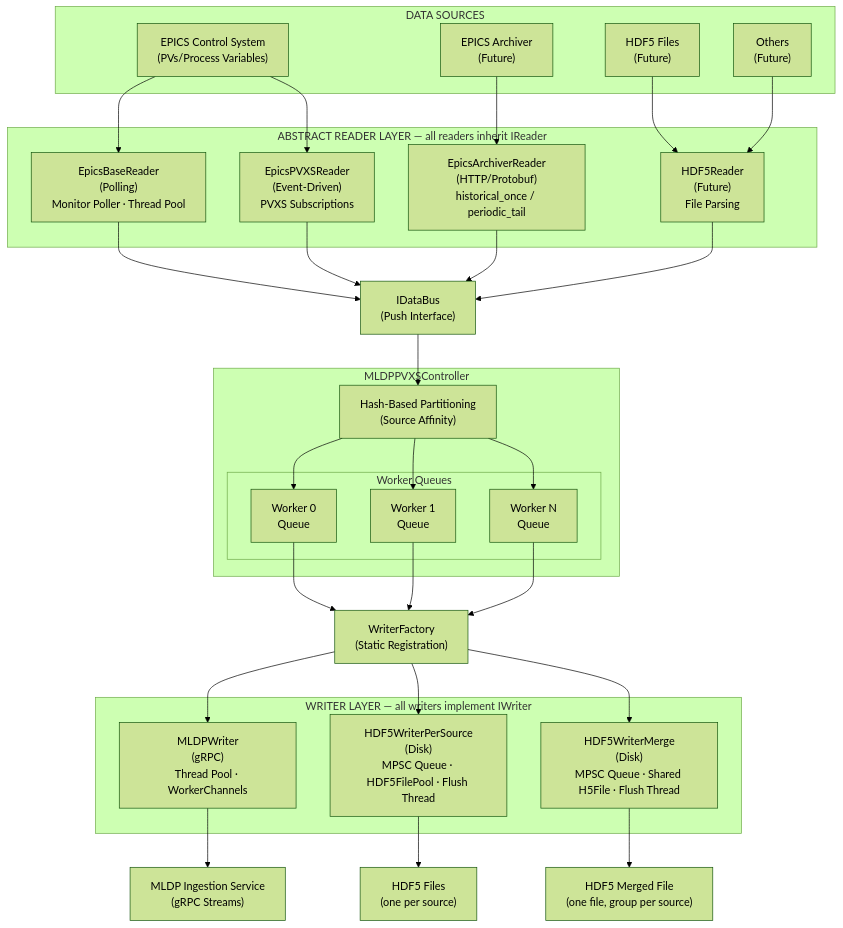
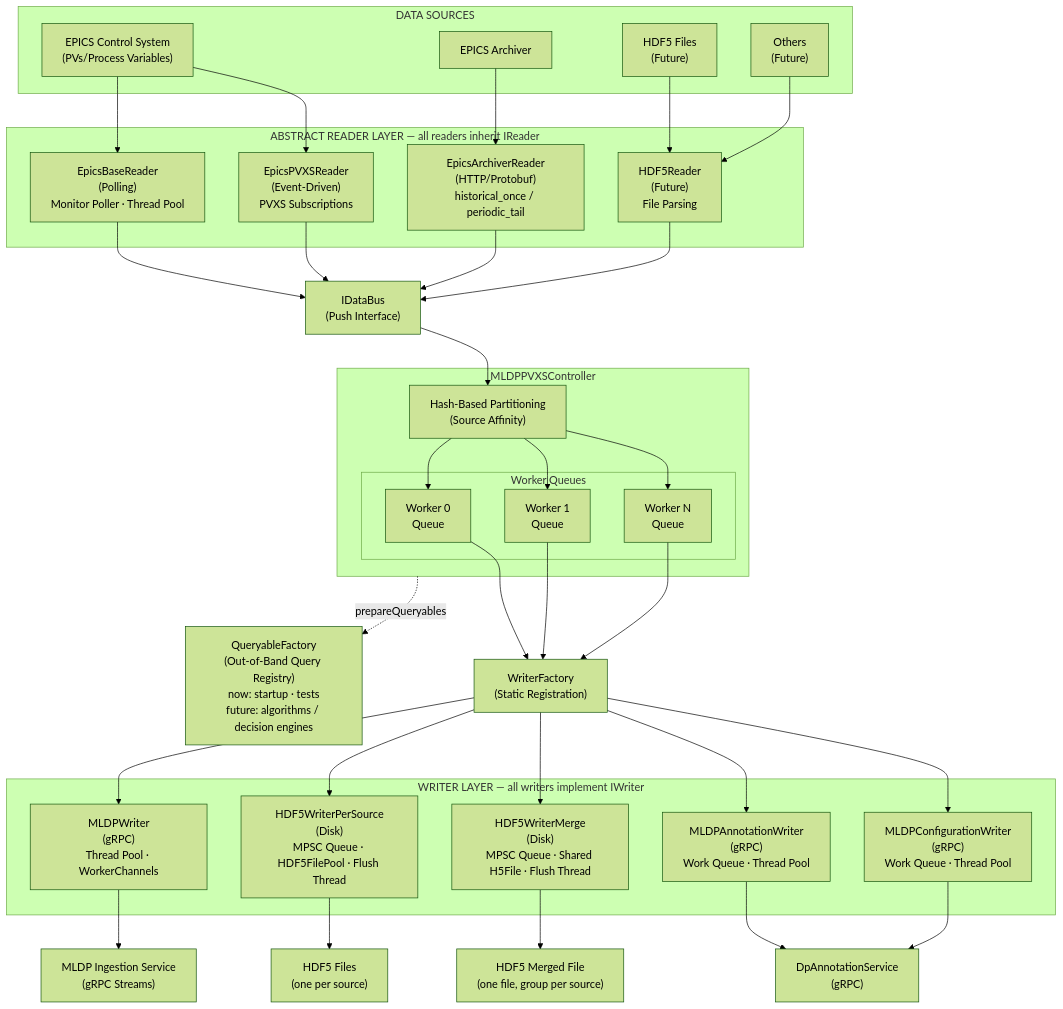
Before and after one commit to slaclab/mldp-pvxs-driver: the first of 3 diagrams in docs/reference/architecture.md, drawn with Mermaid (forest theme). The commit also changed other lines of this file and 71 other files, not shown here.

````diff
--- a/docs/reference/architecture.md
+++ b/docs/reference/architecture.md
@@ -11,67 +11,79 @@
 ```mermaid
 flowchart TB
     subgraph DataSources["DATA SOURCES"]
         DS1["EPICS Control System<br/>(PVs/Process Variables)"]
-        DS2["EPICS Archiver<br/>(Future)"]
+        DS2["EPICS Archiver<br/>"]
         DS3["HDF5 Files<br/>(Future)"]
         DS4["Others<br/>(Future)"]
     end
 
     subgraph ReaderLayer["ABSTRACT READER LAYER — all readers inherit IReader"]
         R1["EpicsBaseReader<br/>(Polling)<br/>Monitor Poller · Thread Pool"]
         R2["EpicsPVXSReader<br/>(Event-Driven)<br/>PVXS Subscriptions"]
         R3["EpicsArchiverReader<br/>(HTTP/Protobuf)<br/>historical_once / periodic_tail"]
         R4["HDF5Reader<br/>(Future)<br/>File Parsing"]
     end
 
     IDataBus["IDataBus<br/>(Push Interface)"]
 
     subgraph Controller["MLDPPVXSController"]
         HashPart["Hash-Based Partitioning<br/>(Source Affinity)"]
         subgraph Workers["Worker Queues"]
             W0["Worker 0<br/>Queue"]
             W1["Worker 1<br/>Queue"]
             WN["Worker N<br/>Queue"]
         end
     end
 
+    QueryableFactory["QueryableFactory<br/>(Out-of-Band Query Registry)<br/>now: startup · tests<br/>future: algorithms / decision engines"]
+
     WriterFactory["WriterFactory<br/>(Static Registration)"]
 
     subgraph WriterLayer["WRITER LAYER — all writers implement IWriter"]
         WR1["MLDPWriter<br/>(gRPC)<br/>Thread Pool · WorkerChannels"]
         WR2["HDF5WriterPerSource<br/>(Disk)<br/>MPSC Queue · HDF5FilePool · Flush Thread"]
         WR3["HDF5WriterMerge<br/>(Disk)<br/>MPSC Queue · Shared H5File · Flush Thread"]
+        WR4["MLDPAnnotationWriter<br/>(gRPC)<br/>Work Queue · Thread Pool"]
+        WR5["MLDPConfigurationWriter<br/>(gRPC)<br/>Work Queue · Thread Pool"]
     end
 
     MLDPService["MLDP Ingestion Service<br/>(gRPC Streams)"]
     HDF5Files["HDF5 Files<br/>(one per source)"]
     HDF5Merged["HDF5 Merged File<br/>(one file, group per source)"]
+    AnnotationService["DpAnnotationService<br/>(gRPC)"]
 
     DS1 --> R1
     DS1 --> R2
     DS2 --> R3
     DS3 --> R4
     DS4 --> R4
 
     R1 --> IDataBus
     R2 --> IDataBus
     R3 --> IDataBus
     R4 --> IDataBus
 
     IDataBus --> HashPart
+    IDataBus ~~~ QueryableFactory
     HashPart --> W0
     HashPart --> W1
     HashPart --> WN
+
+    Controller -. prepareQueryables .-> QueryableFactory
 
     W0 --> WriterFactory
     W1 --> WriterFactory
     WN --> WriterFactory
 
     WriterFactory --> WR1
     WriterFactory --> WR2
     WriterFactory --> WR3
+    WriterFactory --> WR4
+    WriterFactory --> WR5
 
     WR1 --> MLDPService
     WR2 --> HDF5Files
     WR3 --> HDF5Merged
+    WR4 --> AnnotationService
+    WR5 --> AnnotationService
 ```
````
